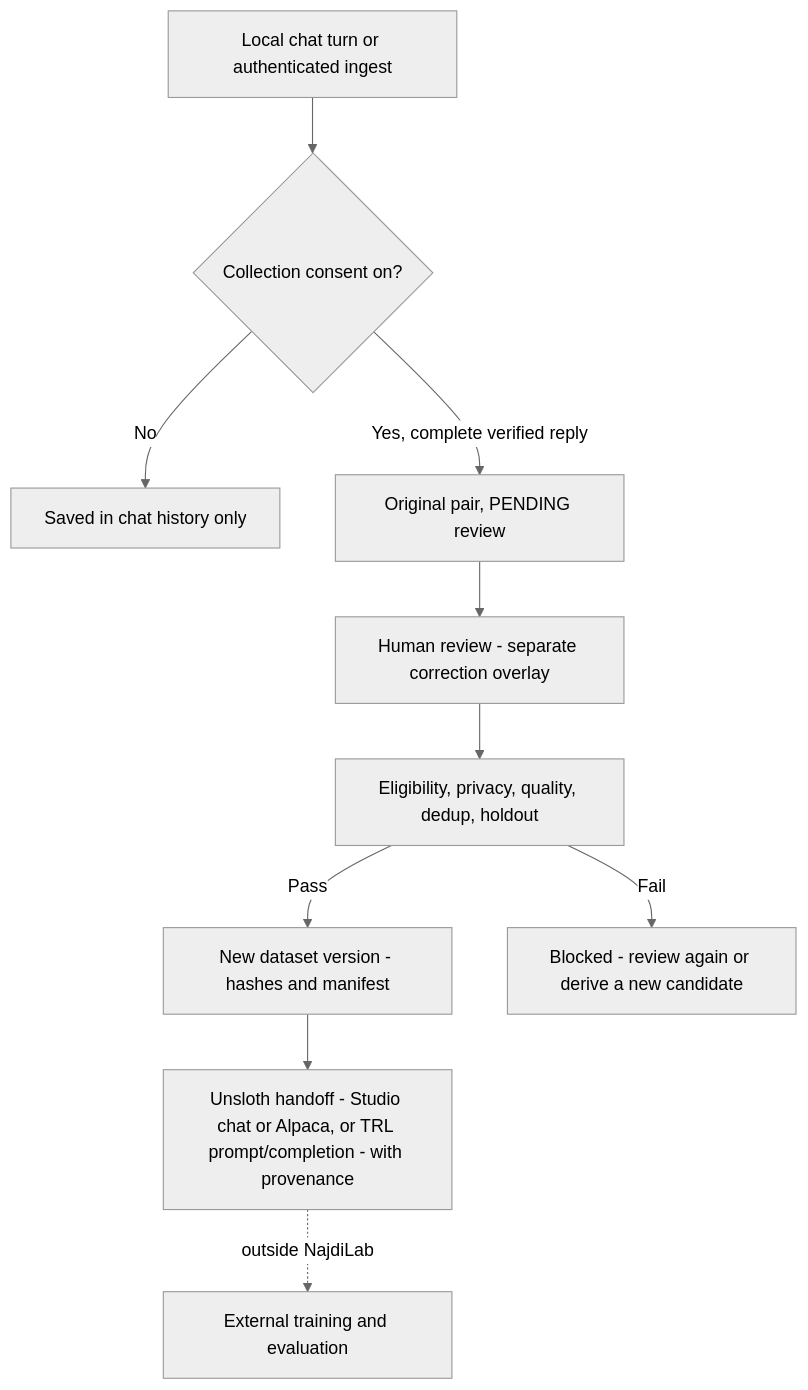
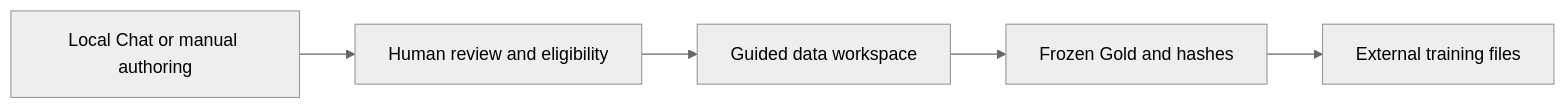
One commit to abinadwan/NajdiLab changed the first of 2 diagrams in README.md. Above: the diagram before and after it, drawn with Mermaid (neutral theme). The commit also changed other lines of this file and 123 other files, not shown here.

Commit message:
feat: finalize V2.3.0 guided workspace and documentation audit

````diff
--- a/README.md
+++ b/README.md
@@ -244,12 +152,7 @@
 ```mermaid
-flowchart TB
-  C[Local chat turn or authenticated ingest] --> K{Collection consent on?}
-  K -->|No| S[Saved in chat history only]
-  K -->|Yes, complete verified reply| O[Original pair, PENDING review]
-  O --> R[Human review - separate correction overlay]
-  R --> V[Eligibility, privacy, quality, dedup, holdout]
-  V -->|Pass| G[New dataset version - hashes and manifest]
-  V -->|Fail| X[Blocked - review again or derive a new candidate]
-  G --> H[Unsloth handoff - Studio chat or Alpaca, or TRL prompt/completion - with provenance]
-  H -.->|outside NajdiLab| T[External training and evaluation]
+flowchart LR
+  C[Local Chat or manual authoring] --> R[Human review and eligibility]
+  R --> W[Guided data workspace]
+  W --> G[Frozen Gold and hashes]
+  G --> E[External training files]
 ```
````
